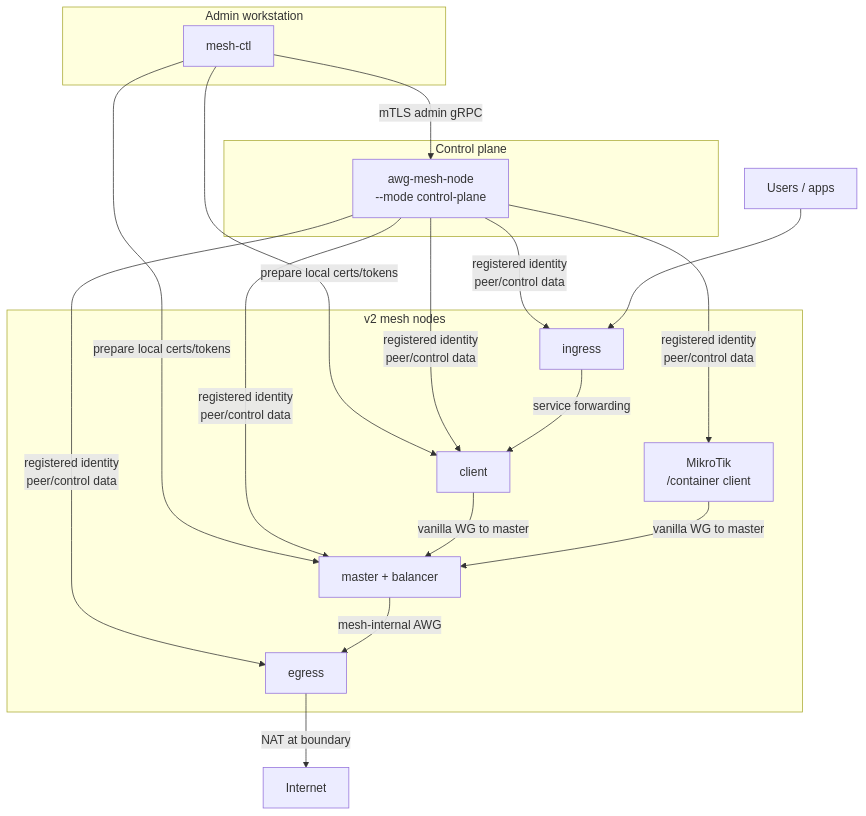
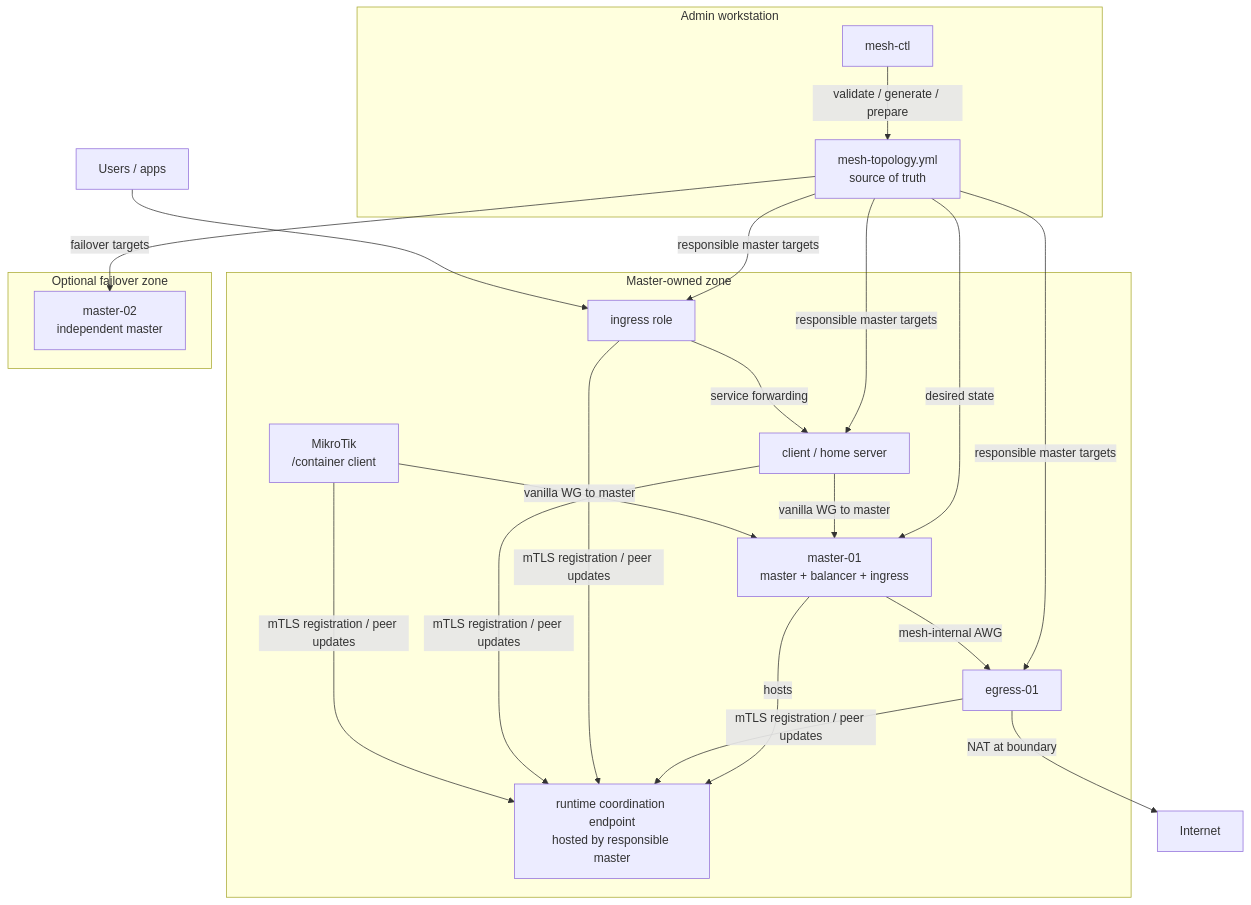
One commit to coonfuuseed-paandaa/awg-mesh changed the diagram in README.ru.md. Above: the diagram before and after it, drawn with Mermaid. The commit also changed other lines of this file and 34 other files, not shown here.

First line of the commit message:
F-010 v2.0.1 architecture conformance (#119)

````diff
--- a/README.ru.md
+++ b/README.ru.md
@@ -21,36 +21,41 @@
 ```mermaid
 graph TB
     subgraph Admin["Admin workstation"]
         ctl["mesh-ctl"]
+        topo["mesh-topology.yml\nsource of truth"]
     end
 
-    subgraph Control["Control plane"]
-        cp["awg-mesh-node\n--mode control-plane"]
+    subgraph ZoneA["Master-owned zone"]
+        master["master-01\nmaster + balancer + ingress"]
+        coord["runtime coordination endpoint\nhosted by responsible master"]
+        egress["egress-01"]
+        ingress["ingress role"]
+        client["client / home server"]
+        mt["MikroTik\n/container client"]
     end
 
-    subgraph Mesh["v2 mesh nodes"]
-        master["master + balancer"]
-        egress["egress"]
-        ingress["ingress"]
-        client["client"]
-        mt["MikroTik\n/container client"]
+    subgraph Failover["Optional failover zone"]
+        master2["master-02\nindependent master"]
     end
 
     user["Users / apps"]
     internet["Internet"]
 
-    ctl -- "mTLS admin gRPC" --> cp
-    ctl -- "prepare local certs/tokens" --> client
-    ctl -- "prepare local certs/tokens" --> master
-    cp -- "registered identity\npeer/control data" --> master
-    cp -- "registered identity\npeer/control data" --> egress
-    cp -- "registered identity\npeer/control data" --> ingress
-    cp -- "registered identity\npeer/control data" --> client
-    cp -- "registered identity\npeer/control data" --> mt
+    ctl -- "validate / generate / prepare" --> topo
+    topo -- "desired state" --> master
+    topo -- "responsible master targets" --> egress
+    topo -- "responsible master targets" --> ingress
+    topo -- "responsible master targets" --> client
+    topo -- "failover targets" --> master2
+    master -- "hosts" --> coord
+    egress -- "mTLS registration / peer updates" --> coord
+    ingress -- "mTLS registration / peer updates" --> coord
+    client -- "mTLS registration / peer updates" --> coord
+    mt -- "mTLS registration / peer updates" --> coord
     client -- "vanilla WG to master" --> master
     mt -- "vanilla WG to master" --> master
     master -- "mesh-internal AWG" --> egress
     ingress -- "service forwarding" --> client
     egress -- "NAT at boundary" --> internet
     user --> ingress
 ```
````
